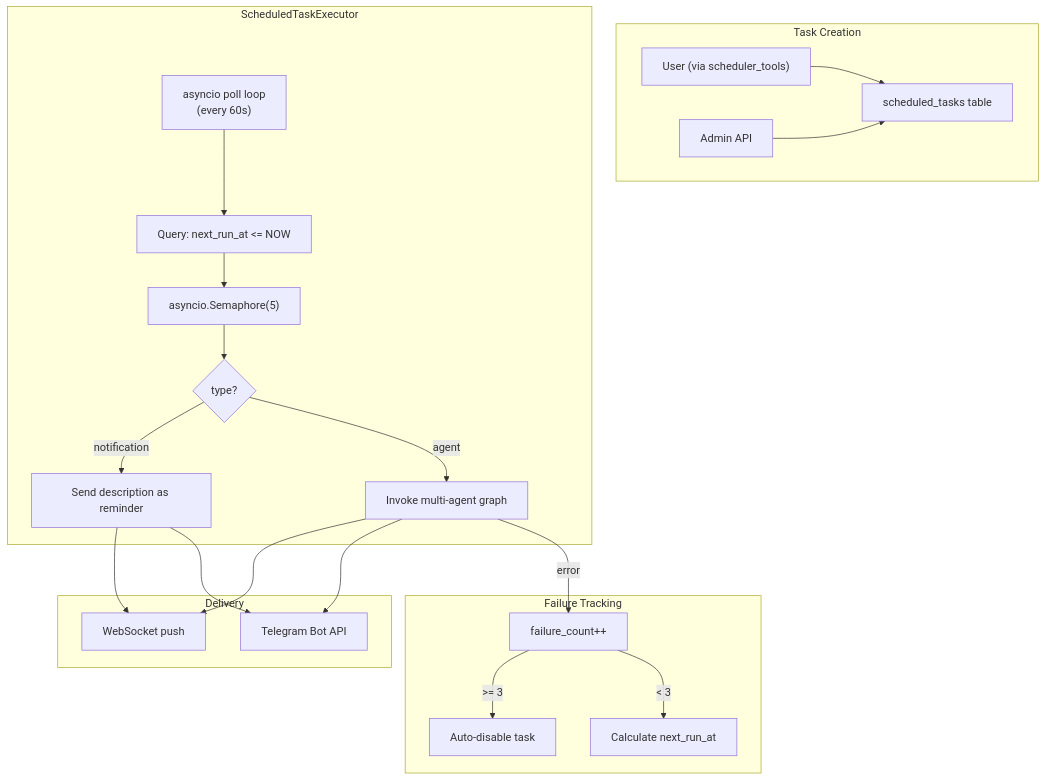
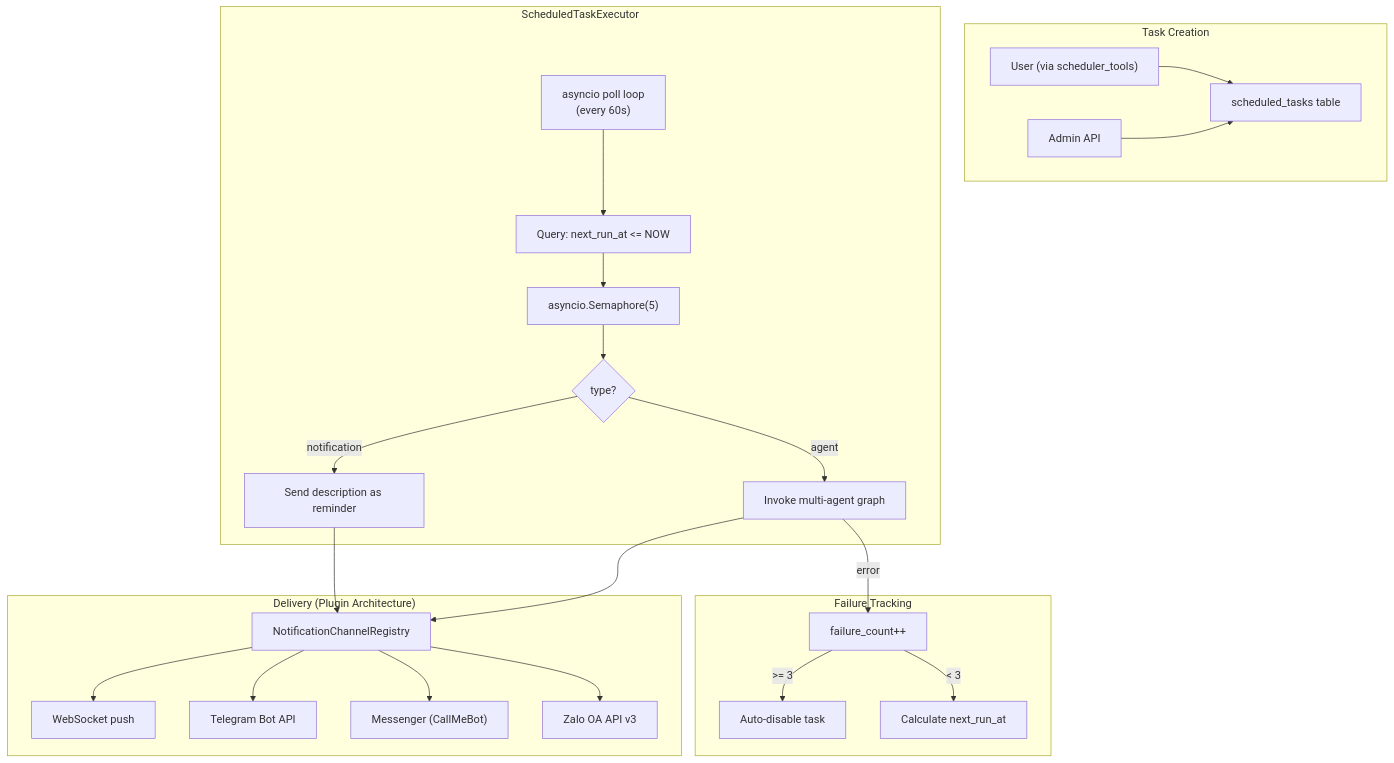
Before and after one commit to meiiie/wiii: diagram 12 of 24 in maritime-ai-service/docs/architecture/SYSTEM_ARCHITECTURE.md, drawn with Mermaid. The commit also changed other lines of this file and 9 other files, not shown here.

First line of the commit message:
feat: Sprint 172 — Zalo OA Adapter + Notification Plugin Polish

````diff
--- a/maritime-ai-service/docs/architecture/SYSTEM_ARCHITECTURE.md
+++ b/maritime-ai-service/docs/architecture/SYSTEM_ARCHITECTURE.md
@@ -1008,26 +1016,29 @@
 ```mermaid
 flowchart TB
     subgraph Input["Task Creation"]
         USER["User (via scheduler_tools)"] --> DB["scheduled_tasks table"]
         ADMIN["Admin API"] --> DB
     end
 
     subgraph Executor["ScheduledTaskExecutor"]
         POLL["asyncio poll loop<br/>(every 60s)"] --> QUERY["Query: next_run_at <= NOW"]
         QUERY --> SEM["asyncio.Semaphore(5)"]
         SEM --> TYPE{"type?"}
         TYPE -->|notification| SEND["Send description as reminder"]
         TYPE -->|agent| INVOKE["Invoke multi-agent graph"]
     end
 
-    subgraph Dispatch["Delivery"]
-        SEND & INVOKE --> WS["WebSocket push"]
-        SEND & INVOKE --> TG["Telegram Bot API"]
+    subgraph Dispatch["Delivery (Plugin Architecture)"]
+        SEND & INVOKE --> REG["NotificationChannelRegistry"]
+        REG --> WS["WebSocket push"]
+        REG --> TG["Telegram Bot API"]
+        REG --> MSG["Messenger (CallMeBot)"]
+        REG --> ZALO["Zalo OA API v3"]
     end
 
     subgraph Failure["Failure Tracking"]
         INVOKE -->|error| COUNT["failure_count++"]
         COUNT -->|>= 3| DISABLE["Auto-disable task"]
         COUNT -->|< 3| RESCHEDULE["Calculate next_run_at"]
     end
 ```
````
